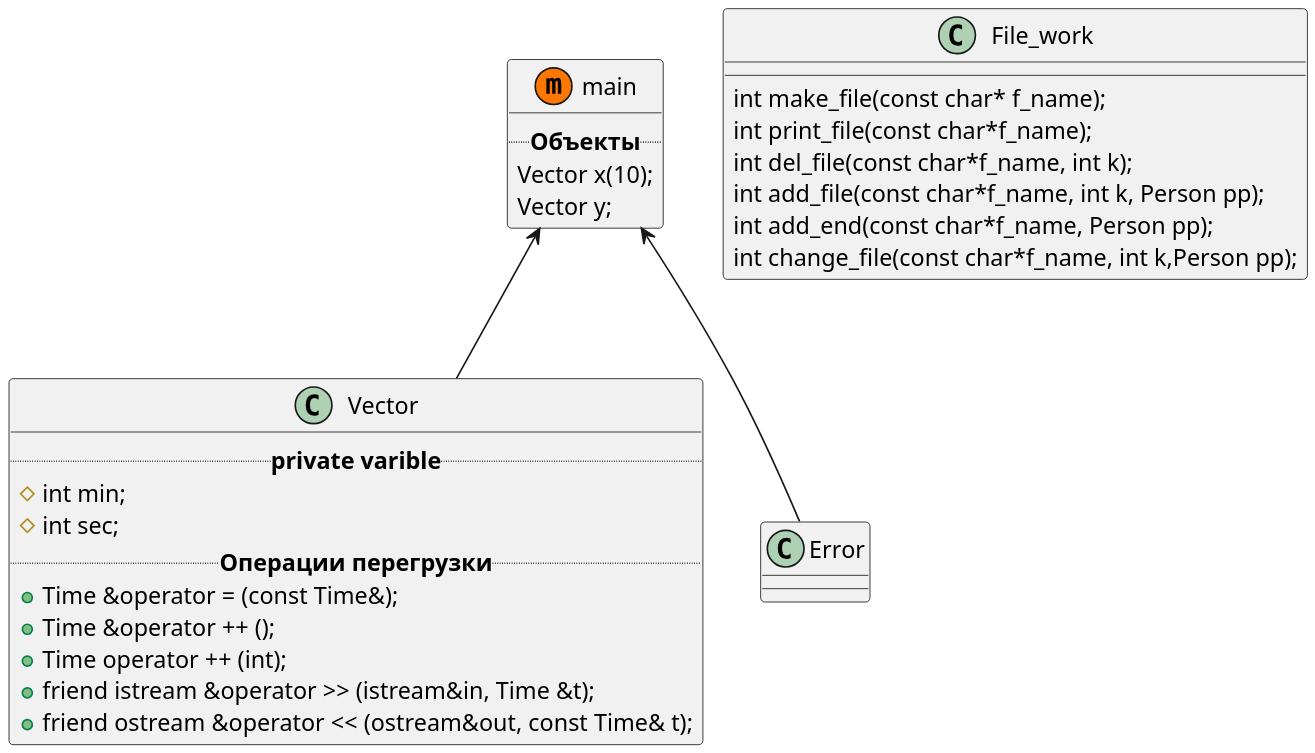
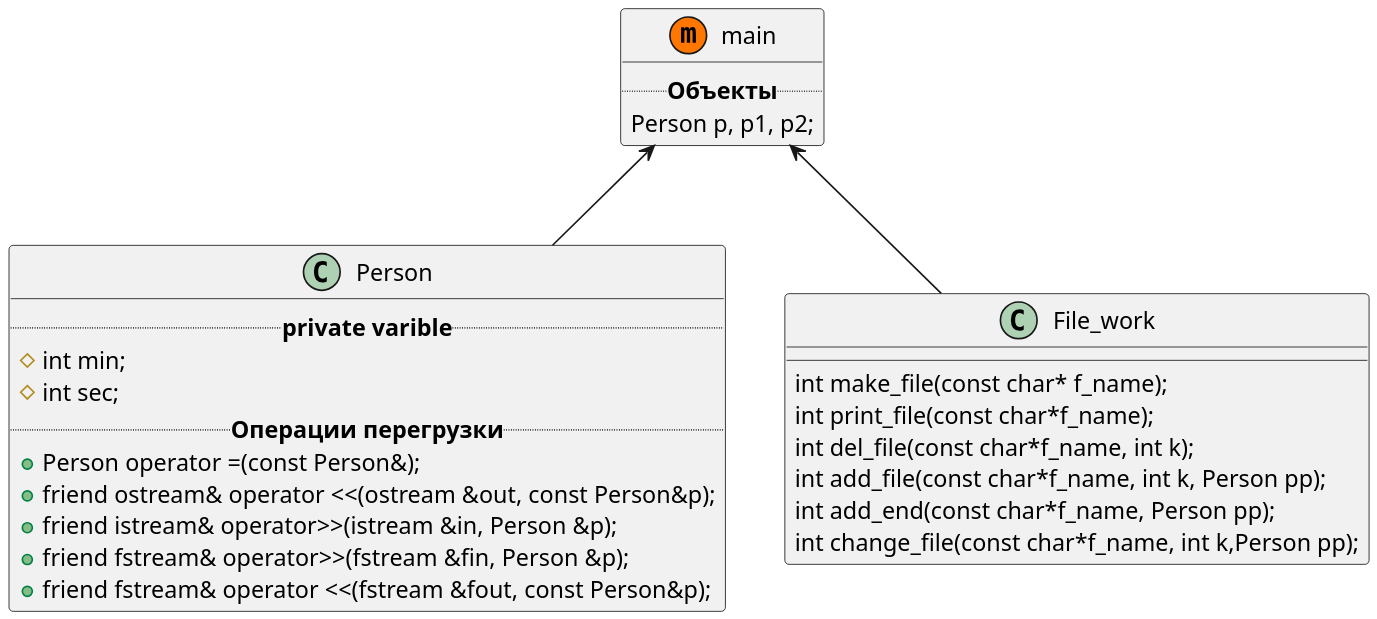
One commit to ilya-uzun/Learning changed the diagram in ses2/job10/diagram.wsd. Above: the diagram before and after it, drawn with PlantUML. The commit also changed 7 other files, not shown here.

Commit message:
Диаграма работ 10-13

```diff
--- a/ses2/job10/diagram.wsd
+++ b/ses2/job10/diagram.wsd
@@ -1,34 +1,33 @@
  @startuml
 ' note left of main #while: Комментарий.
 ' note top of Rightangled : Комментарий.
 ' note top of Object : Комментарий.
 ' note top of Vector : Комментарий.
 skinparam dpi 200
 skinparam shadowing false
-main <-- Vector
-main <-- Error
+main <-- Person
+main <-- File_work
 class main<<(m,#FF7700)>>{
     .. **Объекты** ..
-    Vector x(10);
-    Vector y;
+    Person p, p1, p2;
 } 
-class  Vector{
+class Person{
     .. **private varible** ..
     # int min;
     # int sec;
     .. **Операции перегрузки** ..
-	+ Time &operator = (const Time&);
-	+ Time &operator ++ (); 
-	+ Time operator ++ (int);
-	+ friend istream &operator >> (istream&in, Time &t);
-	+ friend ostream &operator << (ostream&out, const Time& t);
+	+ Person operator =(const Person&);
+    + friend ostream& operator <<(ostream &out, const Person&p);
+    + friend istream& operator>>(istream &in, Person &p);
+    + friend fstream& operator>>(fstream &fin, Person &p);
+    + friend fstream& operator <<(fstream &fout, const Person&p);
 }
 class File_work{
     int make_file(const char* f_name);
     int print_file(const char*f_name);
     int del_file(const char*f_name, int k);
     int add_file(const char*f_name, int k, Person pp);
     int add_end(const char*f_name, Person pp);
     int change_file(const char*f_name, int k,Person pp);
 }
  @enduml
```
